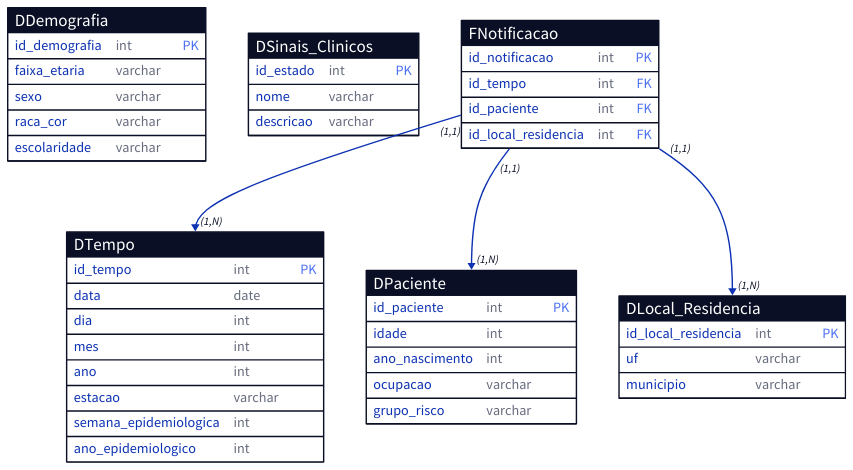
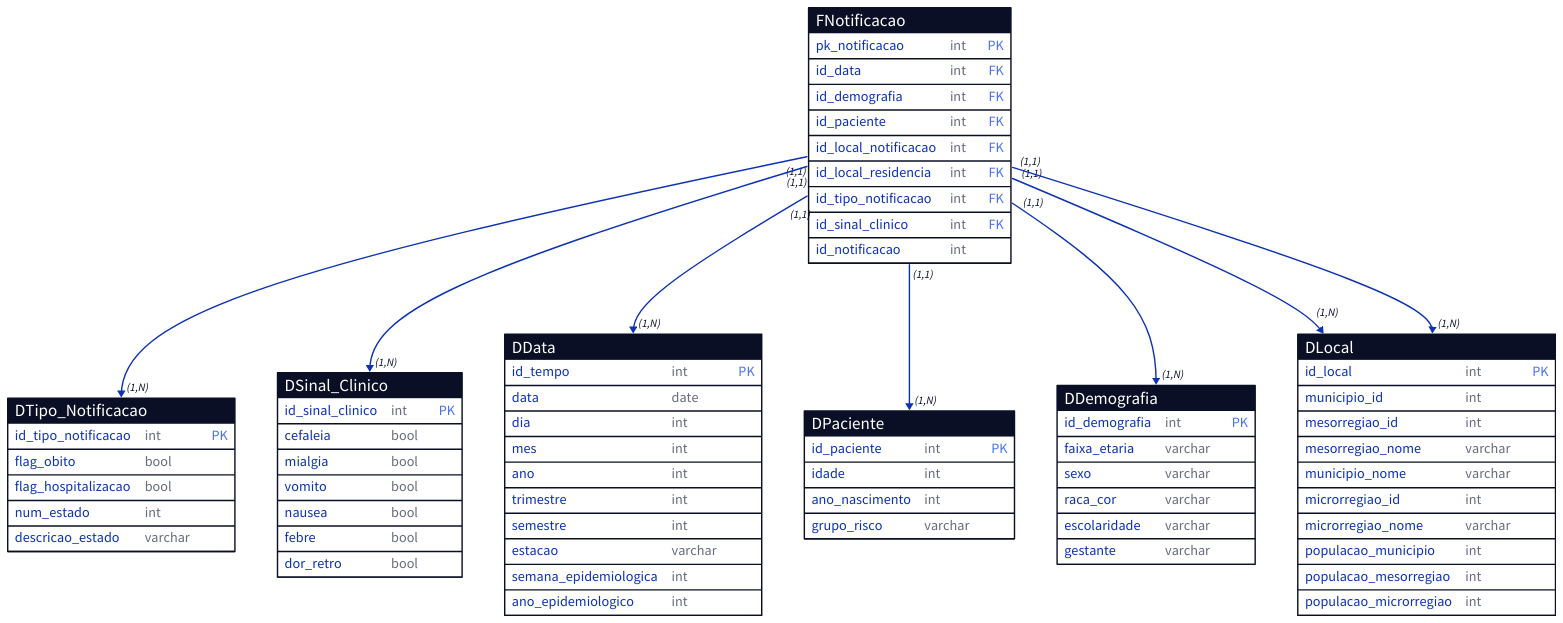
Before and after one commit to saitoi/projeto-final-dw: the diagram in model/model.d2, drawn with D2. The commit also changed 1 other file, not shown here.

```diff
--- a/model/model.d2
+++ b/model/model.d2
@@ -1,73 +1,120 @@
 vars: {
   d2-config: {
     layout-engine: dagre
     theme-id: 0
   }
 }
 
-DTempo: {
+DData: {
   shape: sql_table
   id_tempo: int {constraint: primary_key}
   data: date
   dia: int
   mes: int
   ano: int
+  trimestre: int
+  semestre: int
   estacao: varchar
   semana_epidemiologica: int
   ano_epidemiologico: int
 }
 
 DPaciente: {
   shape: sql_table
   id_paciente: int {constraint: primary_key}
   idade: int
   ano_nascimento: int
-  ocupacao: varchar
   grupo_risco: varchar
-}
-
-DLocal_Residencia: {
-  shape: sql_table
-  id_local_residencia: int {constraint: primary_key}
-  uf: varchar
-  municipio: varchar
 }
 
 DDemografia: {
   shape: sql_table
   id_demografia: int {constraint: primary_key}
   faixa_etaria: varchar
   sexo: varchar
   raca_cor: varchar
   escolaridade: varchar
+  gestante: varchar
 }
 
-DSinais_Clinicos: {
+DTipo_Notificacao: {
   shape: sql_table
-  id_estado: int {constraint: primary_key}
-  nome: varchar
-  descricao: varchar
+  id_tipo_notificacao: int {constraint: primary_key}
+  flag_obito: bool
+  flag_hospitalizacao: bool
+  num_estado: int
+  descricao_estado: varchar
+}
+
+DSinal_Clinico: {
+  shape: sql_table
+  id_sinal_clinico: int {constraint: primary_key}
+  cefaleia: bool
+  mialgia: bool
+  vomito: bool
+  nausea: bool
+  febre: bool
+  dor_retro: bool
+}
+
+DLocal: {
+  shape: sql_table
+  id_local: int {constraint: primary_key}
+  municipio_id: int
+  mesorregiao_id: int
+  mesorregiao_nome: varchar
+  municipio_nome: varchar
+  microrregiao_id: int
+  microrregiao_nome: varchar
+  populacao_municipio: int
+  populacao_mesorregiao: int
+  populacao_microrregiao: int
 }
 
 FNotificacao: {
   shape: sql_table
-  id_notificacao: int {constraint: primary_key}
-  id_tempo: int {constraint: foreign_key}
+  pk_notificacao: int {constraint: primary_key}
+  id_data: int {constraint: foreign_key}
+  id_demografia: int {constraint: foreign_key}
   id_paciente: int {constraint: foreign_key}
+  id_local_notificacao: int {constraint: foreign_key}
   id_local_residencia: int {constraint: foreign_key}
+  id_tipo_notificacao: int {constraint: foreign_key}
+  id_sinal_clinico: int {constraint: foreign_key}
+  id_notificacao: int
 }
 
-FNotificacao.id_tempo -> DTempo.id_tempo: {
-    source-arrowhead.label: (1,1)
-    target-arrowhead.label: (1,N)
+FNotificacao.id_tipo_notificacao -> DTipo_Notificacao.id_tipo_notificacao: {
+  source-arrowhead.label: (1,1)
+  target-arrowhead.label: (1,N)
+}
+
+FNotificacao.id_sinal_clinico -> DSinal_Clinico.id_sinal_clinico: {
+  source-arrowhead.label: (1,1)
+  target-arrowhead.label: (1,N)
+}
+
+FNotificacao.id_data -> DData.id_tempo: {
+  source-arrowhead.label: (1,1)
+  target-arrowhead.label: (1,N)
 }
 
 FNotificacao.id_paciente -> DPaciente.id_paciente: {
-    source-arrowhead.label: (1,1)
-    target-arrowhead.label: (1,N)
+  source-arrowhead.label: (1,1)
+  target-arrowhead.label: (1,N)
 }
 
-FNotificacao.id_local_residencia -> DLocal_Residencia.id_local_residencia: {
-    source-arrowhead.label: (1,1)
-    target-arrowhead.label: (1,N)
+FNotificacao.id_demografia -> DDemografia.id_demografia: {
+  source-arrowhead.label: (1,1)
+  target-arrowhead.label: (1,N)
 }
+
+FNotificacao.id_local_notificacao -> DLocal.id_local: {
+  source-arrowhead.label: (1,1)
+  target-arrowhead.label: (1,N)
+}
+
+FNotificacao.id_local_residencia -> DLocal.id_local: {
+  source-arrowhead.label: (1,1)
+  target-arrowhead.label: (1,N)
+}
```
